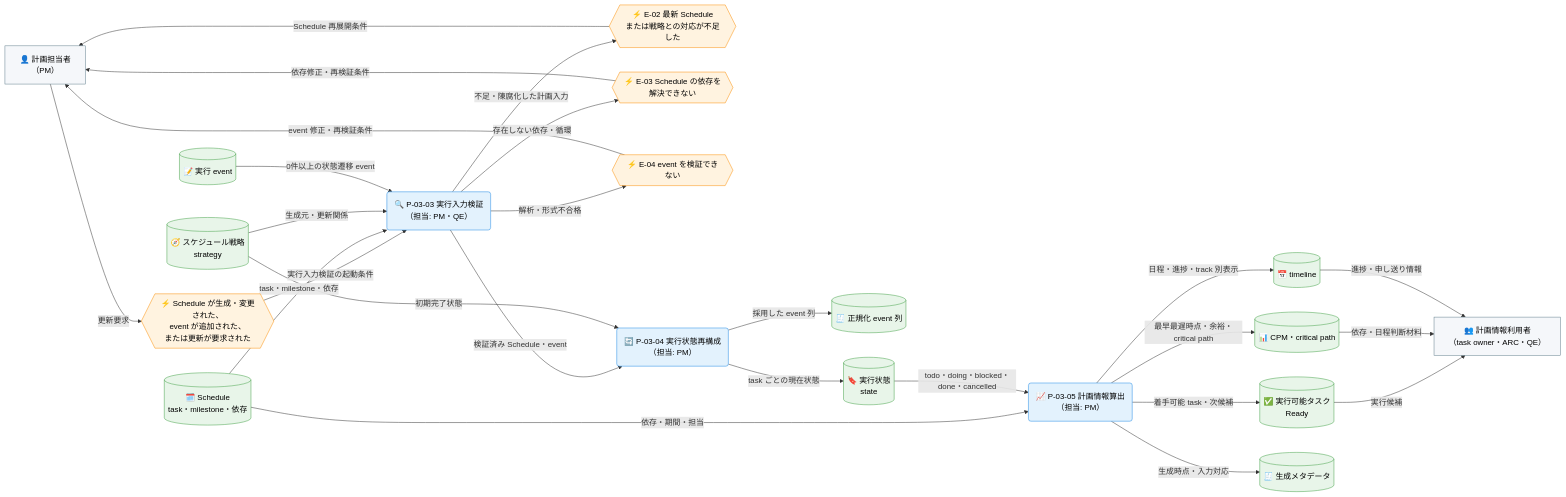
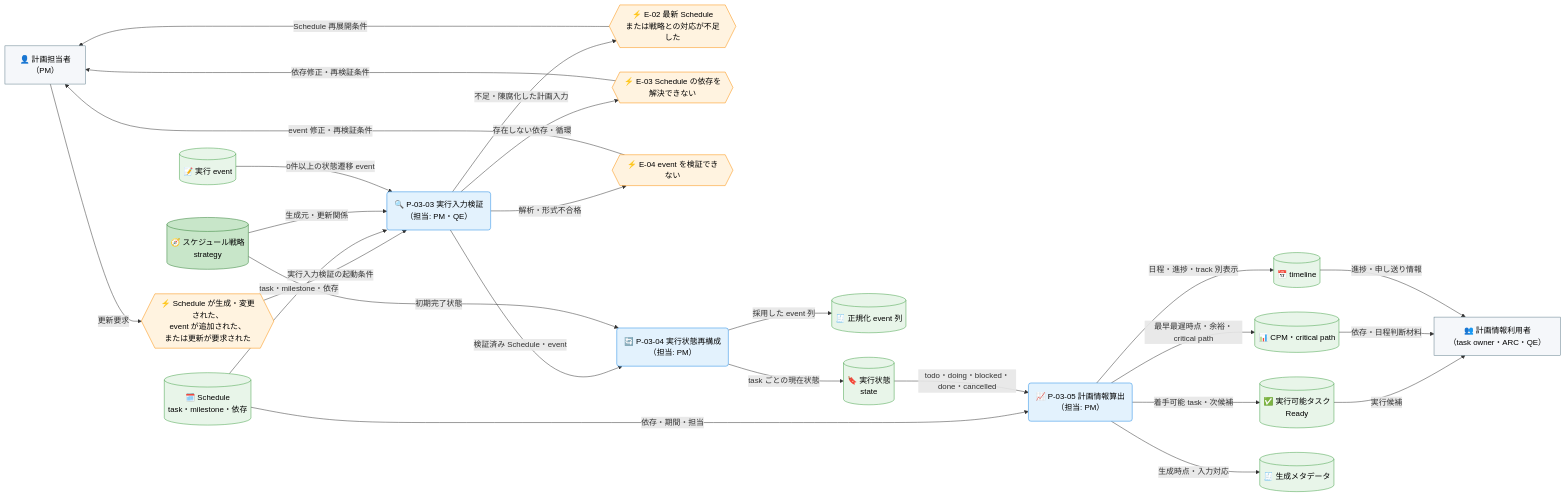
The second of 2 diagrams in docs/ja/product/010-business-specs/010-data-flow/cdfd-catalog-planning.md (specdojo/specdojo), drawn with Mermaid before and after one commit. The commit also changed other lines of this file and 6 other files, not shown here.

````diff
--- a/docs/ja/product/010-business-specs/010-data-flow/cdfd-catalog-planning.md
+++ b/docs/ja/product/010-business-specs/010-data-flow/cdfd-catalog-planning.md
@@ -103,61 +105,63 @@
 ```mermaid
 flowchart LR
   classDef process fill:#e3f2fd,stroke:#1e88e5,color:#000
   classDef event fill:#fff3e0,stroke:#fb8c00,color:#000
-  classDef store fill:#e8f5e9,stroke:#43a047,color:#000
+  classDef storeMaster fill:#c8e6c9,stroke:#2e7d32,color:#000
+  classDef storeTransaction fill:#e8f5e9,stroke:#43a047,color:#000
   classDef actor fill:#f5f7fa,stroke:#607d8b,color:#000
 
   計画担当者["👤 計画担当者<br>（PM）"]
   計画情報利用者["👥 計画情報利用者<br>（task owner・ARC・QE）"]
 
   計画情報更新{{"⚡ Schedule が生成・変更された、<br>event が追加された、<br>または更新が要求された"}}
   戦略不足{{"⚡ E-02 最新 Schedule<br>または戦略との対応が不足した"}}
   依存解決失敗{{"⚡ E-03 Schedule の依存を解決できない"}}
   event不正{{"⚡ E-04 event を検証できない"}}
 
   実行入力検証("🔍 P-03-03 実行入力検証<br>（担当: PM・QE）")
   実行状態再構成("🔄 P-03-04 実行状態再構成<br>（担当: PM）")
   計画情報算出("📈 P-03-05 計画情報算出<br>（担当: PM）")
 
   スケジュール戦略[("🧭 スケジュール戦略<br>strategy")]
   Schedule[("🗓️ Schedule<br>task・milestone・依存")]
   実行event[("📝 実行 event")]
   正規化event列[("🧾 正規化 event 列")]
   実行状態[("🔖 実行状態<br>state")]
   Ready[("✅ 実行可能タスク<br>Ready")]
   CPM[("📊 CPM・critical path")]
   timeline[("📅 timeline")]
   生成メタデータ[("🧾 生成メタデータ")]
 
   計画担当者 -->|"更新要求"| 計画情報更新
   計画情報更新 -->|"実行入力検証の起動条件"| 実行入力検証
   Schedule -->|"task・milestone・依存"| 実行入力検証
   スケジュール戦略 -->|"生成元・更新関係"| 実行入力検証
   実行event -->|"0件以上の状態遷移 event"| 実行入力検証
   実行入力検証 -->|"不足・陳腐化した計画入力"| 戦略不足
   実行入力検証 -->|"存在しない依存・循環"| 依存解決失敗
   実行入力検証 -->|"解析・形式不合格"| event不正
   戦略不足 -->|"Schedule 再展開条件"| 計画担当者
   依存解決失敗 -->|"依存修正・再検証条件"| 計画担当者
   event不正 -->|"event 修正・再検証条件"| 計画担当者
 
   実行入力検証 -->|"検証済み Schedule・event"| 実行状態再構成
   スケジュール戦略 -->|"初期完了状態"| 実行状態再構成
   実行状態再構成 -->|"採用した event 列"| 正規化event列
   実行状態再構成 -->|"task ごとの現在状態"| 実行状態
   Schedule -->|"依存・期間・担当"| 計画情報算出
   実行状態 -->|"todo・doing・blocked・done・cancelled"| 計画情報算出
   計画情報算出 -->|"着手可能 task・次候補"| Ready
   計画情報算出 -->|"最早最遅時点・余裕・critical path"| CPM
   計画情報算出 -->|"日程・進捗・track 別表示"| timeline
   計画情報算出 -->|"生成時点・入力対応"| 生成メタデータ
 
   Ready -->|"実行候補"| 計画情報利用者
   CPM -->|"依存・日程判断材料"| 計画情報利用者
   timeline -->|"進捗・申し送り情報"| 計画情報利用者
 
   class 実行入力検証,実行状態再構成,計画情報算出 process
   class 計画情報更新,戦略不足,依存解決失敗,event不正 event
-  class スケジュール戦略,Schedule,実行event,正規化event列,実行状態,Ready,CPM,timeline,生成メタデータ store
+  class スケジュール戦略 storeMaster
+  class Schedule,実行event,正規化event列,実行状態,Ready,CPM,timeline,生成メタデータ storeTransaction
   class 計画担当者,計画情報利用者 actor
 ```
````
